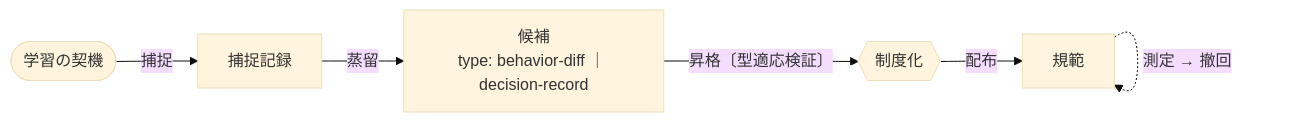
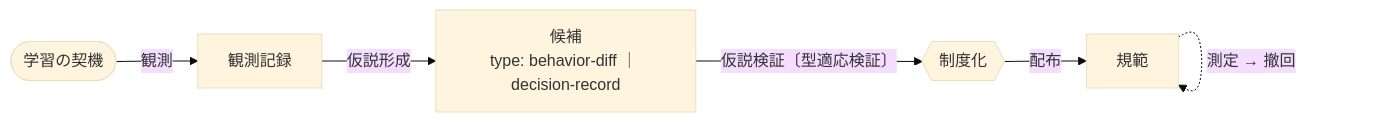
Before and after one commit to kuchita-el/claude-shared-skills: the diagram in plugins/growth/DESIGN.md, drawn with Mermaid (base theme). The commit also changed other lines of this file and 12 other files, not shown here.

````diff
--- a/plugins/growth/DESIGN.md
+++ b/plugins/growth/DESIGN.md
@@ -52,14 +52,14 @@
 ```mermaid
 flowchart LR
     ORI(["学習の契機"])
-    OBS["捕捉記録"]
+    OBS["観測記録"]
     CAND["候補<br/>type: behavior-diff ｜ decision-record"]
     ADJ{{"制度化"}}
     NORM["規範"]
 
-    ORI -->|捕捉| OBS
-    OBS -->|蒸留| CAND
-    CAND -->|"昇格〔型適応検証〕"| ADJ
+    ORI -->|観測| OBS
+    OBS -->|仮説形成| CAND
+    CAND -->|"仮説検証〔型適応検証〕"| ADJ
     ADJ -->|配布| NORM
     NORM -.->|"測定 → 撤回"| NORM
 ```
````
